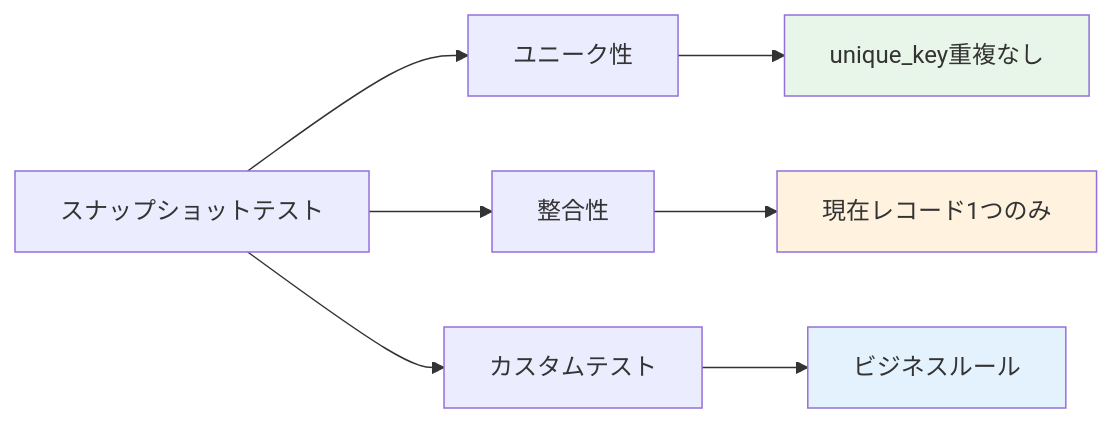
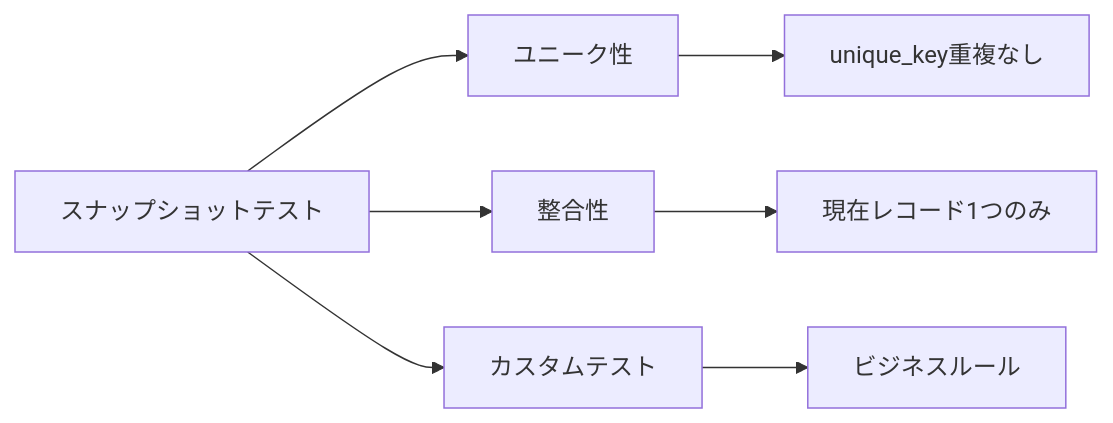
Before and after one commit to 1210yuichi0/1210yuichi0.github.io: diagram 13 of 14 in content/Tech/dbt/categories/snapshot-config.md, drawn with Mermaid. The commit also changed other lines of this file and 22 other files, not shown here.

First line of the commit message:
style: remove Mermaid style directives for dark mode compatibility

````diff
--- a/content/Tech/dbt/categories/snapshot-config.md
+++ b/content/Tech/dbt/categories/snapshot-config.md
@@ -1512,14 +1482,11 @@
 ```mermaid
 flowchart LR
     A[スナップショットテスト] --> B[ユニーク性]
     A --> C[整合性]
     A --> D[カスタムテスト]
 
     B --> E[unique_key重複なし]
     C --> F[現在レコード1つのみ]
     D --> G[ビジネスルール]
 
-    style E fill:#e8f5e9
-    style F fill:#fff3e0
-    style G fill:#e3f2fd
 ```
````
